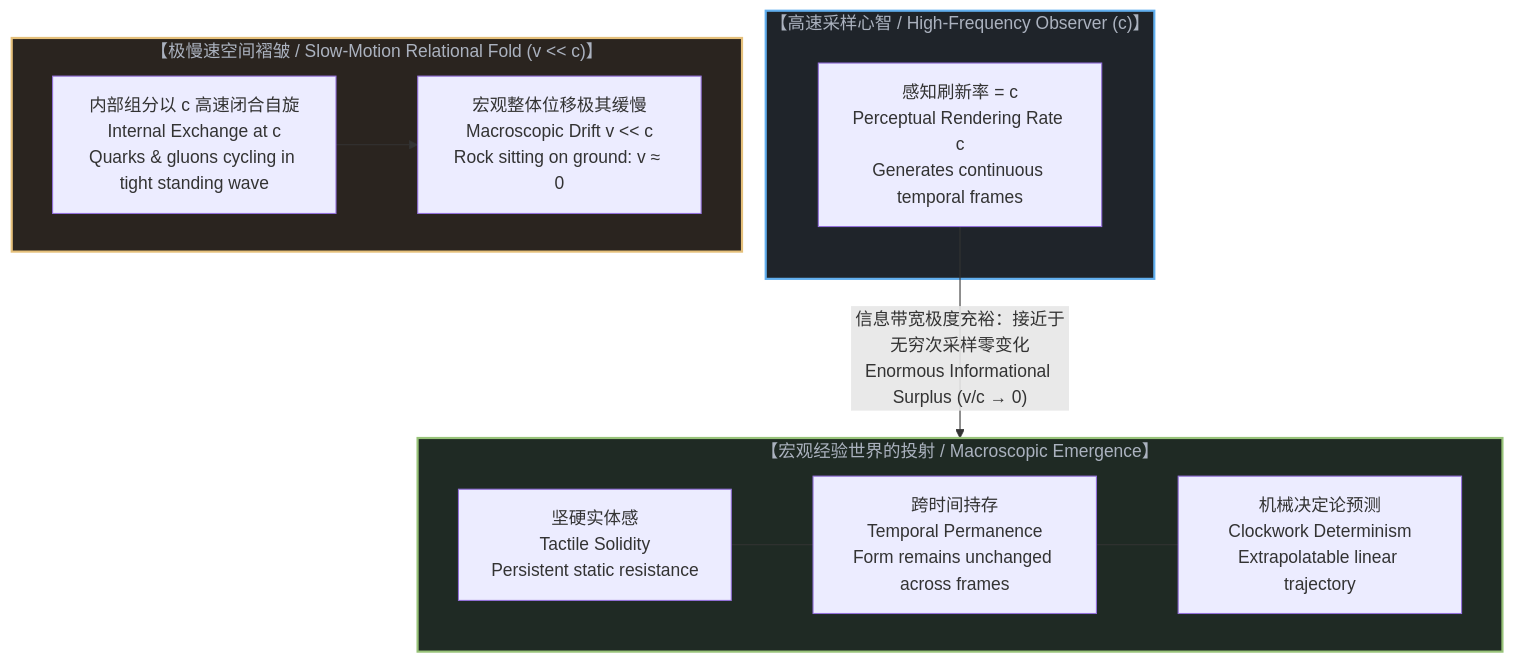
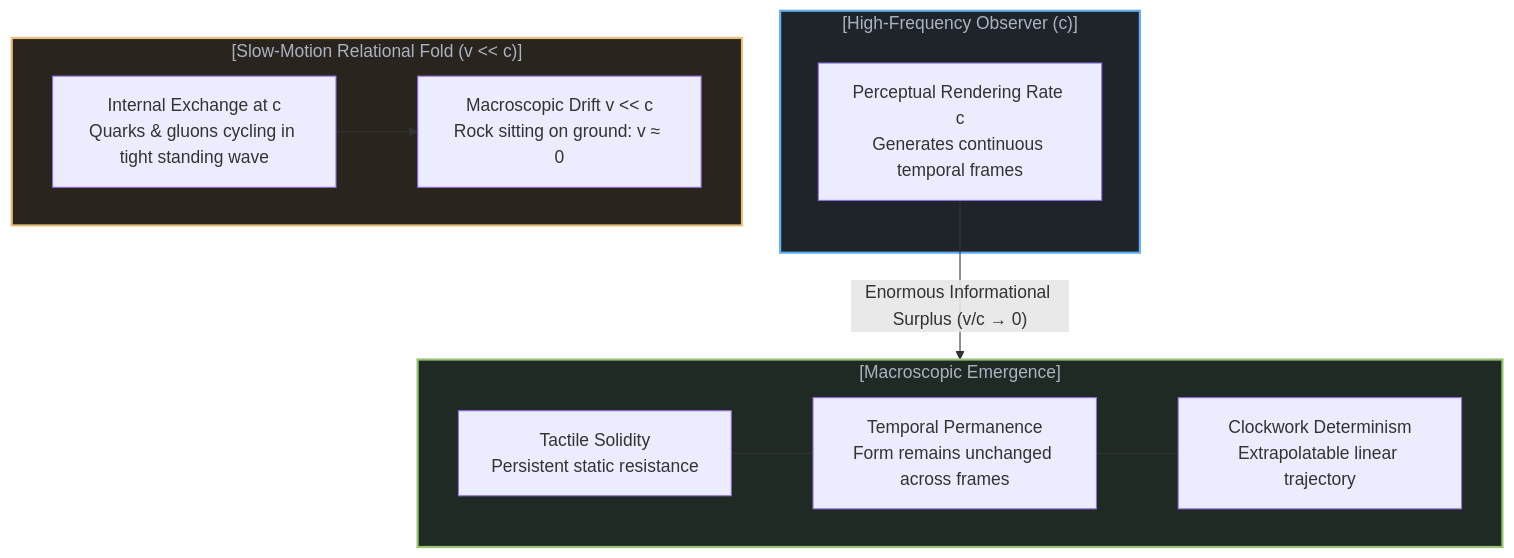
One commit to powerpig99/not-a-toe changed the sixth of 10 diagrams in content/posts/the-velocity-of-visibility.md. Above: the diagram before and after it, drawn with Mermaid. The commit also changed other lines of this file and 7 other files, not shown here.

````diff
--- a/content/posts/the-velocity-of-visibility.md
+++ b/content/posts/the-velocity-of-visibility.md
@@ -121,25 +210,25 @@
 ```mermaid
 graph TD
-    subgraph HighFrequencyMind["【高速采样心智 / High-Frequency Observer (c)】"]
-        MindClock["感知刷新率 = c<br>Perceptual Rendering Rate c<br>Generates continuous temporal frames"]
+    subgraph HighFrequencyMind["[High-Frequency Observer (c)]"]
+        MindClock["Perceptual Rendering Rate c<br>Generates continuous temporal frames"]
     end
 
-    subgraph SlowFoldMatter["【极慢速空间褶皱 / Slow-Motion Relational Fold (v << c)】"]
-        InternalSpin["内部组分以 c 高速闭合自旋<br>Internal Exchange at c<br>Quarks & gluons cycling in tight standing wave"]
-        MacroMotion["宏观整体位移极其缓慢<br>Macroscopic Drift v << c<br>Rock sitting on ground: v ≈ 0"]
+    subgraph SlowFoldMatter["[Slow-Motion Relational Fold (v << c)]"]
+        InternalSpin["Internal Exchange at c<br>Quarks & gluons cycling in tight standing wave"]
+        MacroMotion["Macroscopic Drift v << c<br>Rock sitting on ground: v ≈ 0"]
         InternalSpin --> MacroMotion
     end
 
-    MindClock -->|"信息带宽极度充裕：接近于无穷次采样零变化<br>Enormous Informational Surplus (v/c → 0)"| PerceptualProjection
+    MindClock -->|"Enormous Informational Surplus (v/c → 0)"| PerceptualProjection
 
-    subgraph PerceptualProjection["【宏观经验世界的投射 / Macroscopic Emergence】"]
-        Solidity["坚硬实体感<br>Tactile Solidity<br>Persistent static resistance"]
-        Permanence["跨时间持存<br>Temporal Permanence<br>Form remains unchanged across frames"]
-        Determinism["机械决定论预测<br>Clockwork Determinism<br>Extrapolatable linear trajectory"]
+    subgraph PerceptualProjection["[Macroscopic Emergence]"]
+        Solidity["Tactile Solidity<br>Persistent static resistance"]
+        Permanence["Temporal Permanence<br>Form remains unchanged across frames"]
+        Determinism["Clockwork Determinism<br>Extrapolatable linear trajectory"]
         Solidity --- Permanence --- Determinism
     end
 
     style HighFrequencyMind fill:#1f242a,stroke:#61afef,stroke-width:2px,color:#abb2bf
     style SlowFoldMatter fill:#2a241f,stroke:#e5c07b,stroke-width:2px,color:#abb2bf
     style PerceptualProjection fill:#1f2a24,stroke:#98c379,stroke-width:2px,color:#abb2bf
 ```
````
